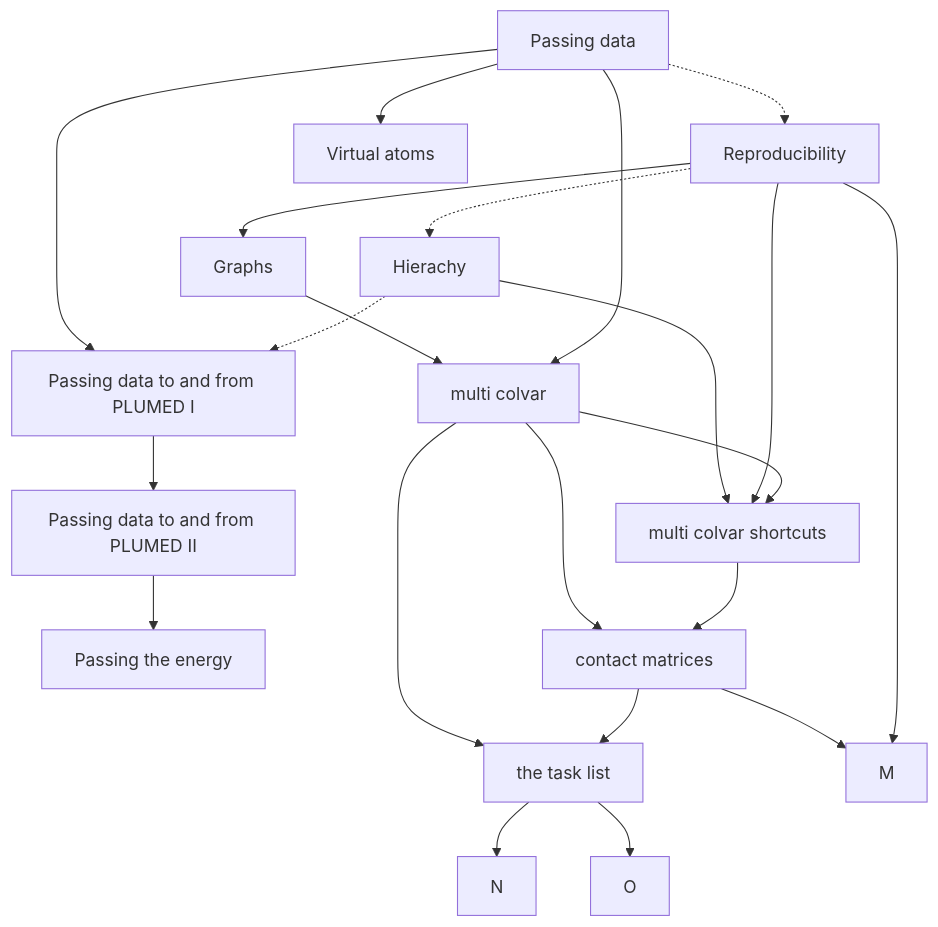
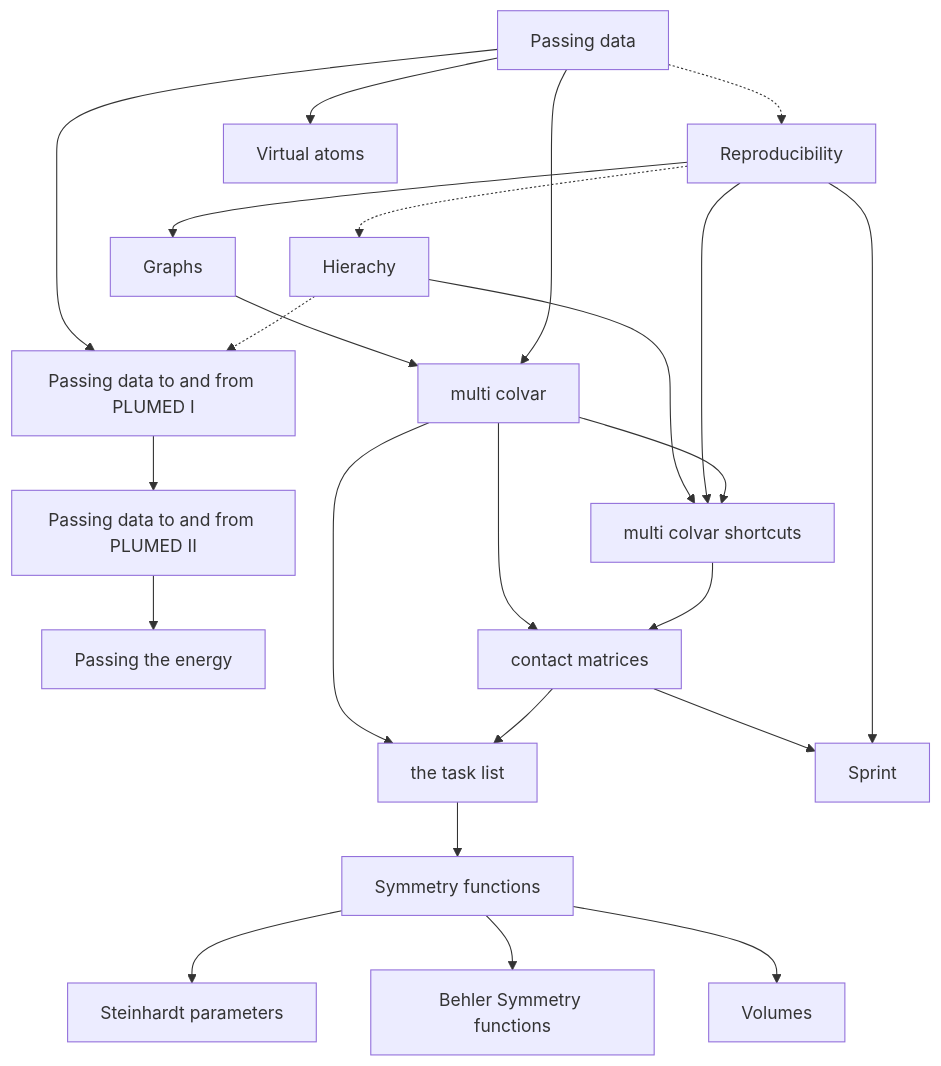
The diagram in NAVIGATION.md (gtribello/plumed-thoughts), drawn with Mermaid before and after one commit. The commit also changed 2 other files, not shown here.

Commit message:
Written some more pages about symmetry functions in PLUMED

````diff
--- a/NAVIGATION.md
+++ b/NAVIGATION.md
@@ -21,39 +21,43 @@
 ```mermaid
 flowchart TB;
   A[Passing data] -.-> B[Reproducibility];
   B -.-> C[Hierachy];
   C -.-> D[Passing data to and from PLUMED I];
   D --> E[Passing data to and from PLUMED II];
   A --> D;
   E --> F[Passing the energy];
   A --> G[Virtual atoms]
   B --> H[Graphs]
   A --> I[multi colvar]
   H --> I
   I --> J[multi colvar shortcuts]
   B --> J
   C --> J
   J --> K[contact matrices]
   I --> K
   K --> L[the task list]
   I --> L
-  B --> M
+  B --> M[Sprint]
   K --> M
-  L --> N
-  L --> O
+  L --> Q[Symmetry functions]
+  Q --> N[Steinhardt parameters]
+  Q --> O[Behler Symmetry functions]
+  Q --> P[Volumes]
   click A "Passing.md" "8th May 2023: General thoughts about how data is passed between PLUMED actions";
   click B "Reproducibility.md" "8th May 2023: General thoughts about why we want to do calculations that are reproducibile";
   click C "Community.md" "8th May 2023: General thoughts about how we support communities of scholars"
   click D "MDInterfaceI.md" "8th May 2023: A description of how data is passed to and from PLUMED"
   click E "MDInterfaceII.md" "21st May 2023: A description of how atomic properties are passed to and from PLUMED"
   click F "PassingEnergy.md" "21st May 2023: A description of how potential energy is passed to PLUMED"
   click G "VirtualAtoms.md" "22nd May 2023: A description of how virtual atom positions are passed between Actions in PLUMED"
   click H "Graphs.md" "1st June 2023: A description of the way we can use graphs to illustrate PLUMED input files"
   click I "MultiColvar.md" "1st June 2023: An explaination of how multicolvar is implemented"
   click J "MultiColvarShortcut.md" "9th June 2023: An explanation of how backwards compatibility for MultiColvar has been ensured and an introduction to ActionShortcut"
   click K "contactMatrix.md" "12th June 2023: An explanation of how coordination numbers and contact maps can be used to construct CVs"
   click L "Tasks.md" "13th June 2023: More details on how the task list are used in the calculation of MultiColvars and contact matrix based CVs"
   click M "Sprint.md" "3rd July 2023: Details on how SPRINT collective variables are implemented using shortcuts"
   click N "Steinhardt.md" "13th September 2023: An explanation of how Steinhardt parameters are implemented in PLUMED"
-  click O "Behler.md" "14th September 2023: An explanation of how Behler-Parinello symmetry functions are implemnted in PLUMED"
+  click O "Behler.md" "14th September 2023: An explanation of how Behler-Parinello symmetry functions are implemented in PLUMED"
+  click P "Volumes.md" "15th September 2023: Information on how you can use PLUMED to calculate the number of atoms and average for a symmetry function in a region"
+  click Q "SymmetryFunction.md" "15th September 2023: Information on how you can use PLUMED to calculate symmetry functions"
 ```
````
